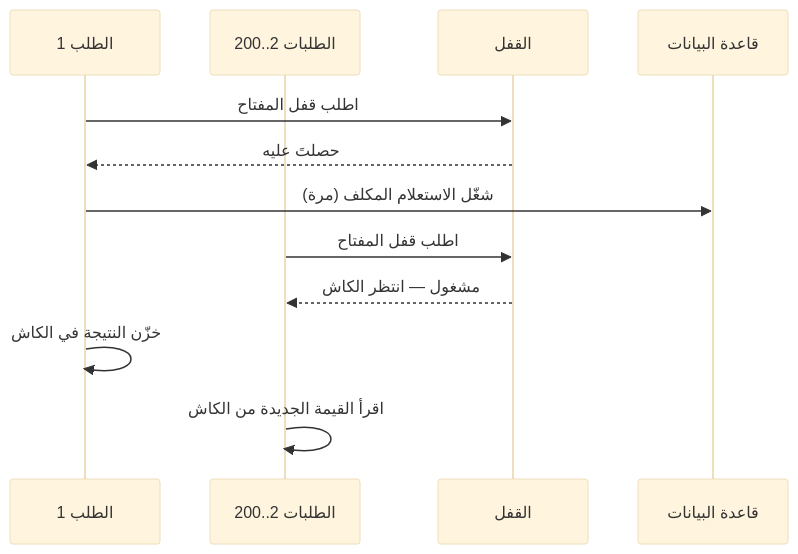
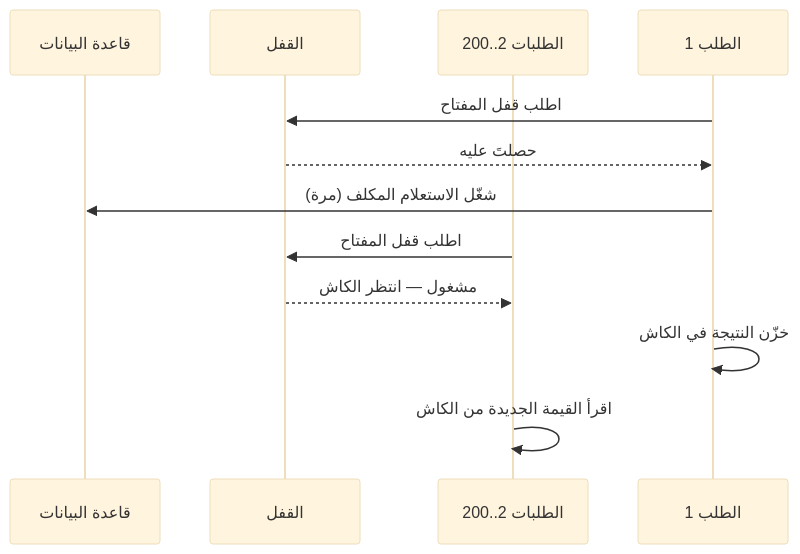
Before and after one commit to Tamoura/system-design-for-vibe-coders: the fifth of 5 diagrams in modules/03-caching/module.ar.md, drawn with Mermaid (base theme). The commit also changed other lines of this file and 31 other files, not shown here.

First line of the commit message:
Arabic editions: diagrams flow right to left

````diff
--- a/modules/03-caching/module.ar.md
+++ b/modules/03-caching/module.ar.md
@@ -383,14 +383,14 @@
 ```mermaid
 sequenceDiagram
+    participant DB as قاعدة البيانات
+    participant L as القفل
+    participant R2 as الطلبات 2..200
     participant R1 as الطلب 1
-    participant R2 as الطلبات 2..200
-    participant L as القفل
-    participant DB as قاعدة البيانات
     R1->>L: اطلب قفل المفتاح
     L-->>R1: حصلتَ عليه
     R1->>DB: شغّل الاستعلام المكلف (مرة)
     R2->>L: اطلب قفل المفتاح
     L-->>R2: مشغول — انتظر الكاش
     R1->>R1: خزّن النتيجة في الكاش
     R2->>R2: اقرأ القيمة الجديدة من الكاش
 ```
````
